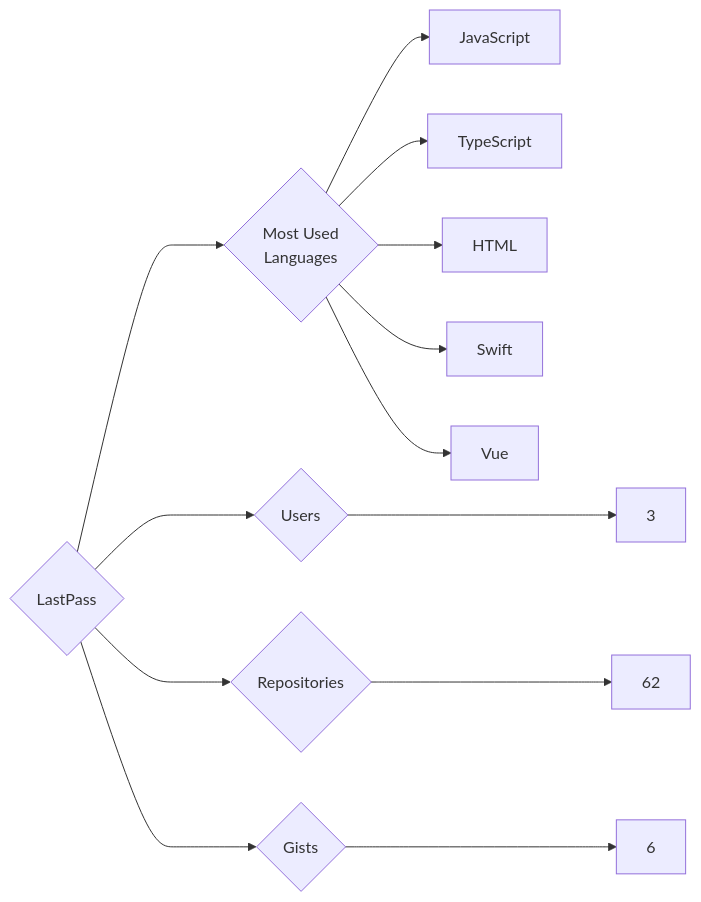
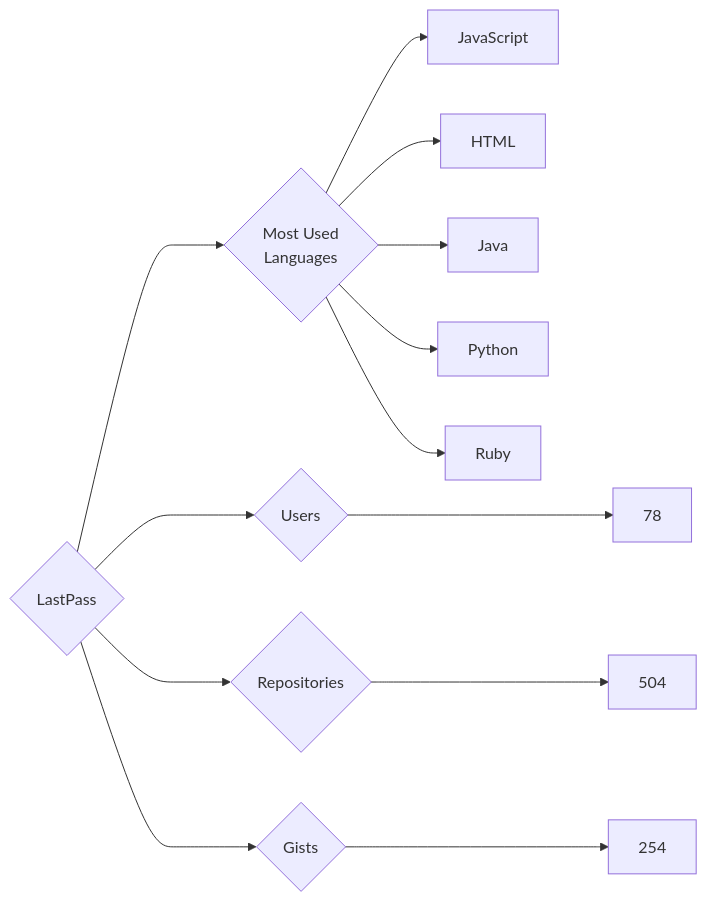
One commit to trickest/insiders changed the diagram in targets/LastPass/README.md. Above: the diagram before and after it, drawn with Mermaid. The commit also changed 1696 other files, not shown here.

````diff
--- a/targets/LastPass/README.md
+++ b/targets/LastPass/README.md
@@ -3,13 +3,13 @@
 ```mermaid
 graph LR
 COMPANY_NAME{LastPass}
-COMPANY_NAME ---> U{Users} ---> UN[3]
-COMPANY_NAME ---> R{Repositories} ---> RN[62]
-COMPANY_NAME ---> G{Gists} ---> GN[6]
+COMPANY_NAME ---> U{Users} ---> UN[78]
+COMPANY_NAME ---> R{Repositories} ---> RN[504]
+COMPANY_NAME ---> G{Gists} ---> GN[254]
 COMPANY_NAME ---> ML{Most Used<br>Languages}
 ML --> JavaScript[JavaScript]
-ML --> TypeScript[TypeScript]
 ML --> HTML[HTML]
-ML --> Swift[Swift]
-ML --> Vue[Vue]
+ML --> Java[Java]
+ML --> Python[Python]
+ML --> Ruby[Ruby]
 ```
````
